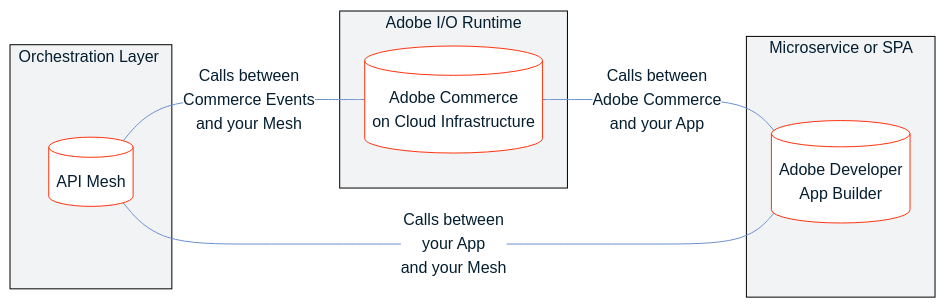
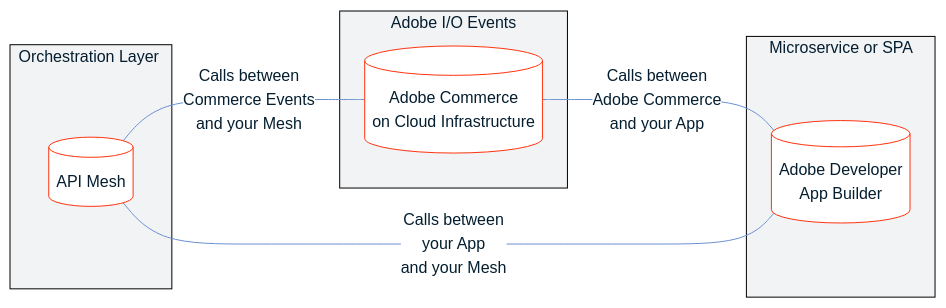
Before and after one commit to AdobeDocs/commerce-extensibility: the diagram in src/pages/_images/integrated-commerce.mmd, drawn with Mermaid. The commit also changed 1 other file, not shown here.

```diff
--- a/src/pages/_images/integrated-commerce.mmd
+++ b/src/pages/_images/integrated-commerce.mmd
@@ -1,30 +1,30 @@
 %%{
   init: {
     'theme': 'base',
     'themeVariables': {
       'primaryColor': '#fff',
       'primaryTextColor': '#041E2F',
       'tertiaryTextColor': '#fffff',
       'primaryBorderColor': '#FF330F',
       'lineColor': '#6A90D2',
       'secondaryColor': '#fff',
       'tertiaryColor': '#F2F3F5',
       'clusterBorder': '#000'
     }
   }
 }%%
 flowchart LR
     subgraph &nbspOrchestration Layer &nbsp
     A[(API Mesh)]
     end
-    subgraph Adobe I/O Runtime
+    subgraph Adobe I/O Events
     B[(Adobe Commerce \n on Cloud Infrastructure)]
     end
     subgraph &nbsp Microservice or SPA &nbsp
     C[(Adobe Developer \n App Builder )] 
 
     end
 
     A --- |Calls between \nCommerce Events \n and your Mesh| B
     B --- |Calls between\n Adobe Commerce\n and your App| C
     C --- |Calls between \n your App\n and your Mesh| A
```
